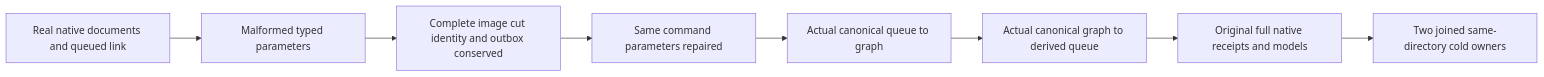
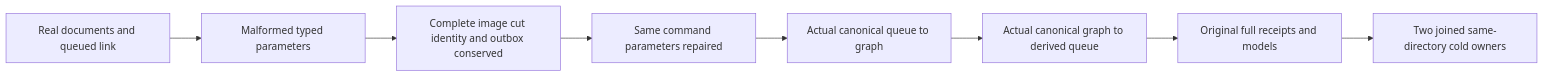
Before and after one commit to managedcode/KeyLoad: the diagram in docs/Features/QueryExecution/ComposedInsertParameters.md, drawn with Mermaid. The commit also changed other lines of this file and 9016 other files, not shown here.

````diff
--- a/docs/Features/QueryExecution/ComposedInsertParameters.md
+++ b/docs/Features/QueryExecution/ComposedInsertParameters.md
@@ -25,10 +25,10 @@
 ```mermaid
 flowchart LR
-  Seed[Real native documents and queued link] --> Refuse[Malformed typed parameters]
+  Seed[Real documents and queued link] --> Refuse[Malformed typed parameters]
   Refuse --> Unchanged[Complete image cut identity and outbox conserved]
   Unchanged --> Repair[Same command parameters repaired]
   Repair --> Forward[Actual canonical queue to graph]
   Forward --> Reverse[Actual canonical graph to derived queue]
-  Reverse --> Replay[Original full native receipts and models]
+  Reverse --> Replay[Original full receipts and models]
   Replay --> Cold[Two joined same-directory cold owners]
 ```
````
